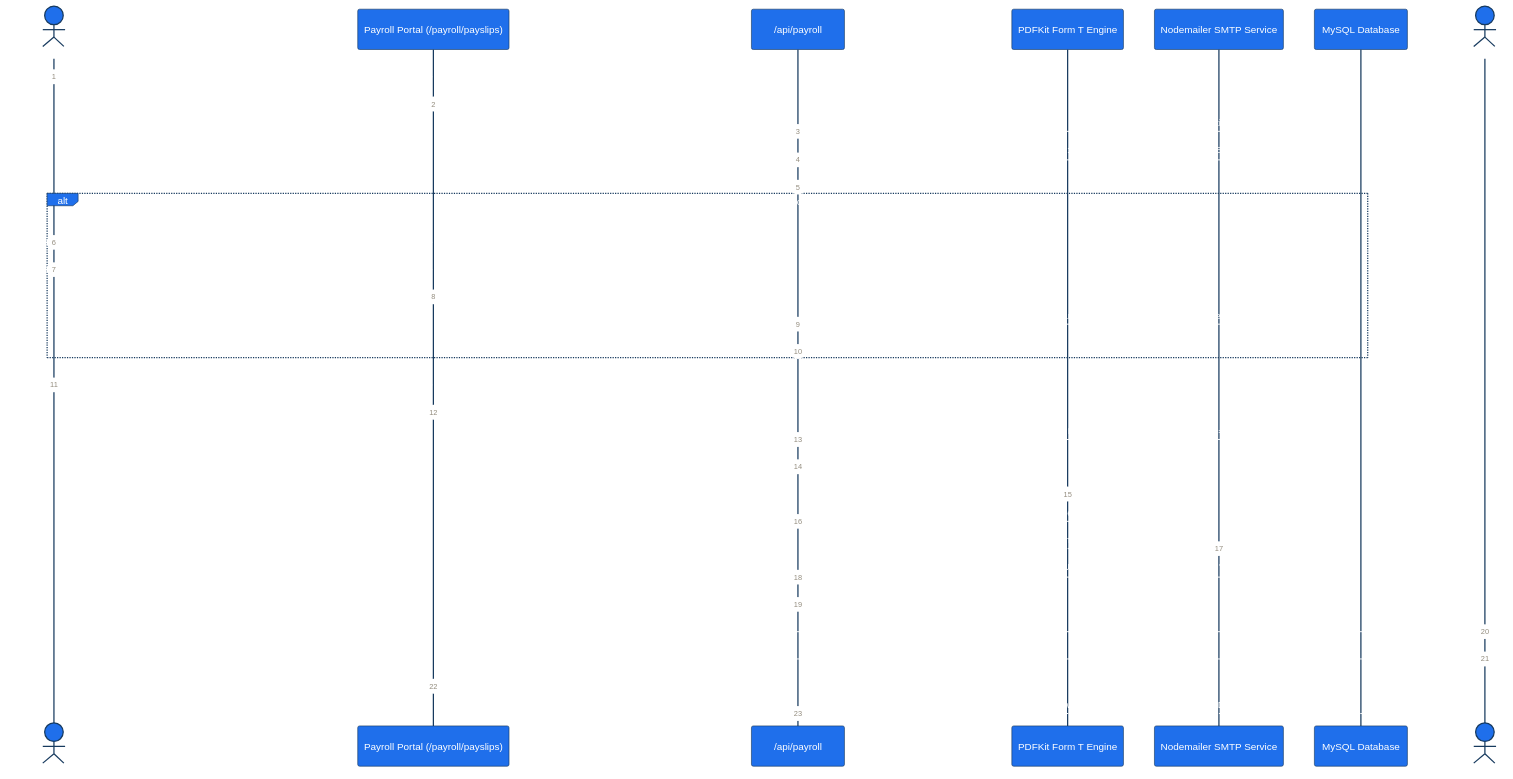
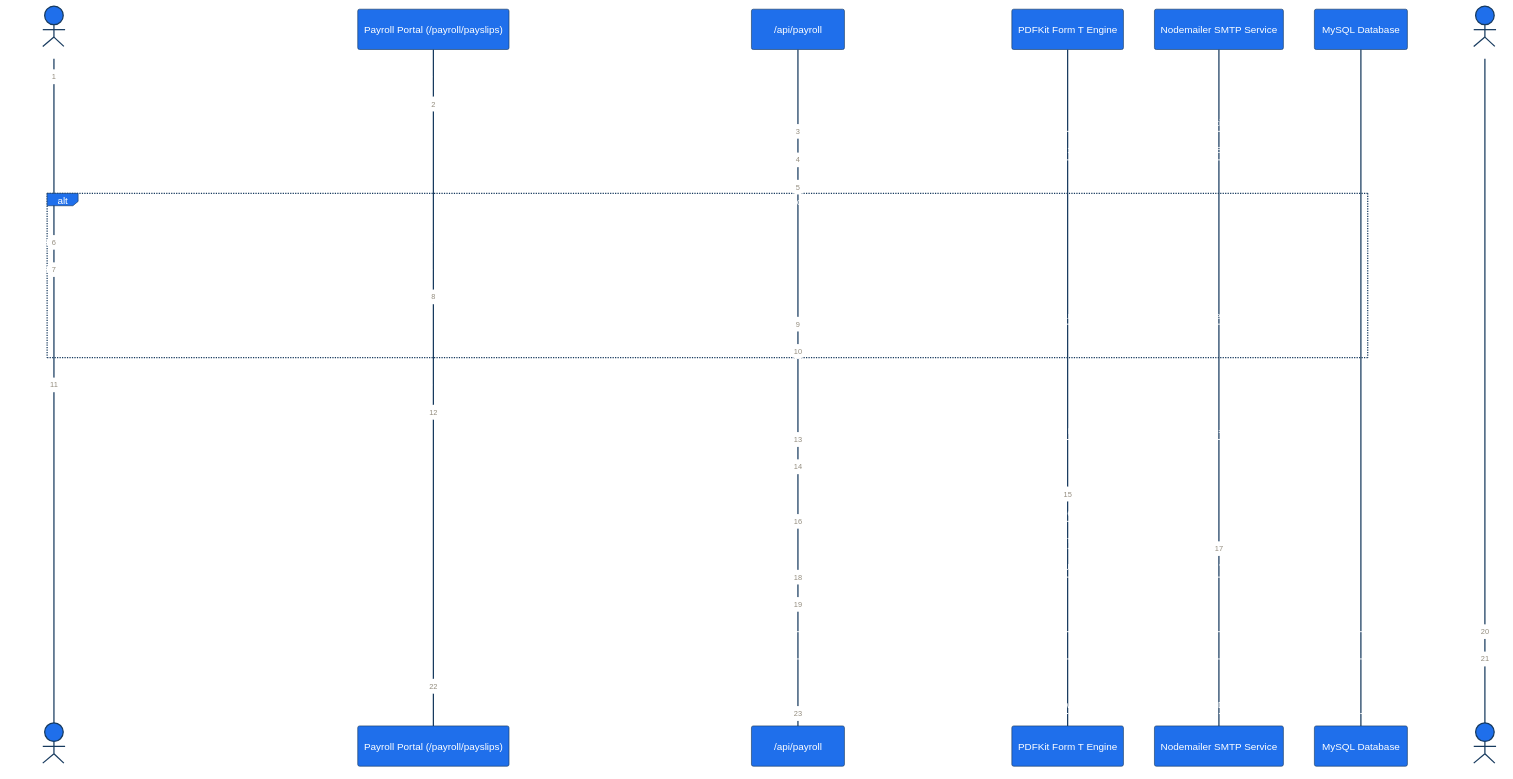
Diagram 18 of 22 in README.md (BSC-TEXTILES/BSC_Textiles_HRMS_Project), drawn with Mermaid before and after one commit. The commit also changed other lines of this file and 30 other files, not shown here.

Commit message:
fix Late Attendance &Fine Management policy rate from ₹1/sec to ₹1/min and also Early Login Incentive rate from ₹1.0/sec to ₹1.0/min

````diff
--- a/README.md
+++ b/README.md
@@ -1045,41 +1045,41 @@
 ```mermaid
 %%{init: {'theme': 'base', 'themeVariables': { 'primaryColor': '#1F6FEB', 'primaryTextColor': '#FFFFFF', 'primaryBorderColor': '#173A5E', 'lineColor': '#6B7280' }}}%%
 sequenceDiagram
     autonumber
     actor HR as HR / Payroll Manager
     participant UI as Payroll Portal (/payroll/payslips)
     participant API as /api/payroll
     participant PDF as PDFKit Form T Engine
     participant SMTP as Nodemailer SMTP Service
     participant DB as MySQL Database
     actor Emp as Employee
 
     HR->>UI: Select Month & Location (e.g., Oct 2024, Belagavi Flagship)
     UI->>API: POST /api/payroll/runs (Generate Cycle Run)
-    API->>DB: Compute base wages, incentives (₹1/sec), OT, and statutory deductions
+    API->>DB: Compute base wages, incentives (₹1/min), OT, and statutory deductions
     API->>DB: INSERT INTO payrollitem (Status: PENDING, EmailStatus: NOT_SENT)
     API-->>UI: Interactive Ledger Table Rendered
 
     alt HR Custom Adjustments & Dynamic Sections
         HR->>UI: Click "Edit" on Employee Payslip
         HR->>UI: Adjust Basic, HRA, Allowances, Deductions, or Add Custom Dynamic Blocks
         UI->>API: PUT /api/payroll/payslip/:id (Persist adjusted amounts & custom sections)
         API->>DB: UPDATE payrollitem SET basicSalary, hra, customSections, netPay, remarks
         API-->>UI: 200 OK (Recalculated Net Pay)
     end
 
     HR->>UI: Click "Finalize & Auto-Email"
     UI->>API: POST /api/payroll/payslip/:id/finalize
     API->>DB: UPDATE payrollitem SET status = 'APPROVED', finalizedBy, finalizedAt = NOW()
     API->>PDF: generatePayslipPdf(payslipData, companySettings)
     PDF-->>API: Stream Form T Binary Buffer (%PDF)
     API->>SMTP: sendPayslipEmail(pdfBuffer, employeeEmail)
     SMTP-->>API: Delivery Receipt (MessageId / Simulated)
     API->>DB: INSERT INTO payroll_email_log & UPDATE payrollitem.emailStatus = 'SENT'
     API-->>UI: 200 OK: Payslip Finalized & Email Dispatched
 
     Emp->>UI: Opens /payroll/payslips (Self-Service View)
     Emp->>UI: Clicks "Download PDF"
     UI->>API: GET /api/payroll/payslip/:id/pdf
     API-->>Emp: Downloads Certified Form T Payslip PDF
 ```
````
